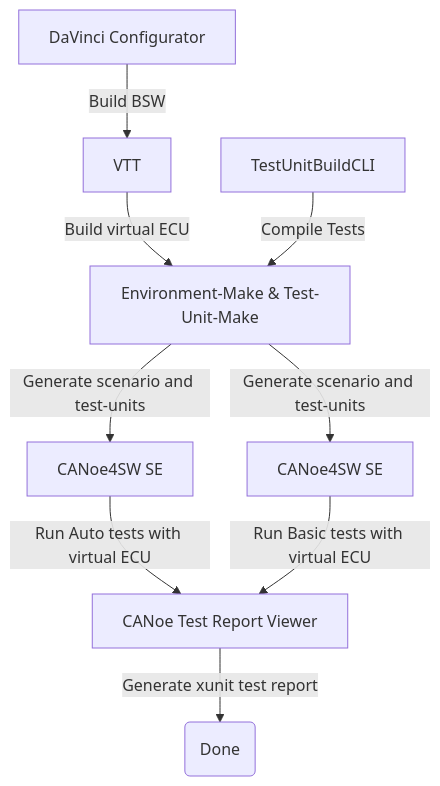
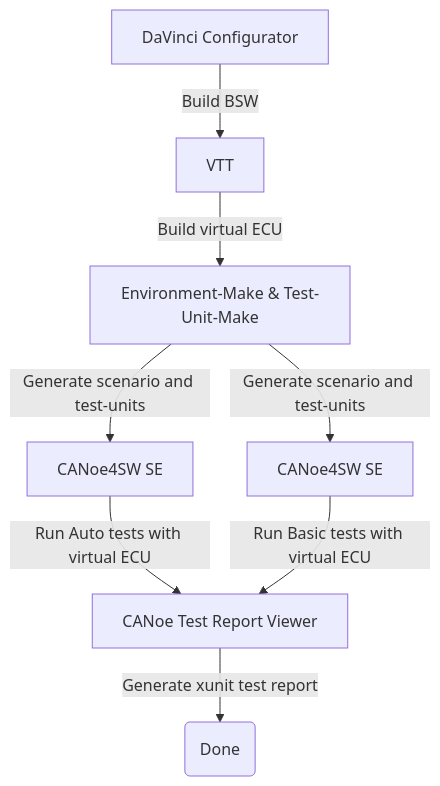
One commit to vectorgrp/ci-siltest-demo changed the diagram in README.md. Above: the diagram before and after it, drawn with Mermaid. The commit also changed other lines of this file and 1 other file, not shown here.

````diff
--- a/README.md
+++ b/README.md
@@ -38,12 +41,10 @@
 ```mermaid
 graph TD
     A[DaVinci Configurator] -->|Build BSW| B[VTT]
     B --> |Build virtual ECU| C[Environment-Make & Test-Unit-Make]
     C --> |Generate scenario and test-units| D[CANoe4SW SE] 
     C --> |Generate scenario and test-units| E[CANoe4SW SE] 
     D --> |Run Auto tests with virtual ECU| F[CANoe Test Report Viewer]
     E --> |Run Basic tests with virtual ECU| F[CANoe Test Report Viewer]
     F --> |Generate xunit test report| G(Done)
-
-    T[TestUnitBuildCLI] --> |Compile Tests| C
 ```
````
